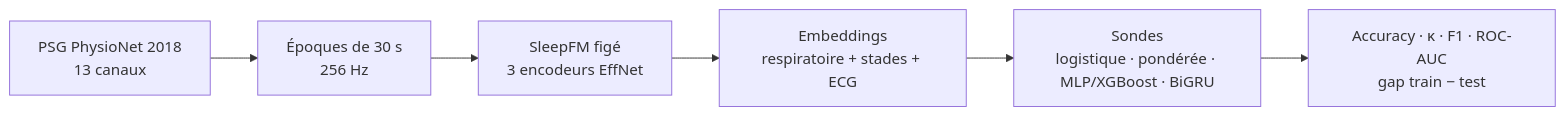
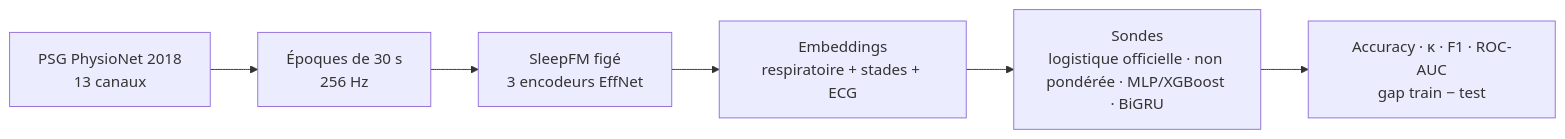
The diagram in README.md (sumarc183-design/sleepfm-pipeline), drawn with Mermaid before and after one commit. The commit also changed other lines of this file and 9 other files, not shown here.

````diff
--- a/README.md
+++ b/README.md
@@ -15,8 +15,8 @@
 ```mermaid
 flowchart LR
     A[PSG PhysioNet 2018<br/>13 canaux] --> B[Époques de 30 s<br/>256 Hz]
     B --> C[SleepFM figé<br/>3 encodeurs EffNet]
     C --> D[Embeddings<br/>respiratoire + stades + ECG]
-    D --> E[Sondes<br/>logistique · pondérée · MLP/XGBoost · BiGRU]
+    D --> E[Sondes<br/>logistique officielle · non pondérée · MLP/XGBoost · BiGRU]
     E --> F[Accuracy · κ · F1 · ROC-AUC<br/>gap train − test]
 ```
````
